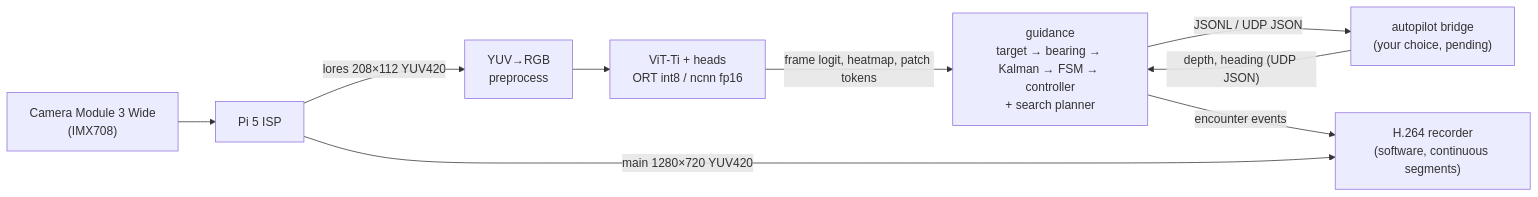
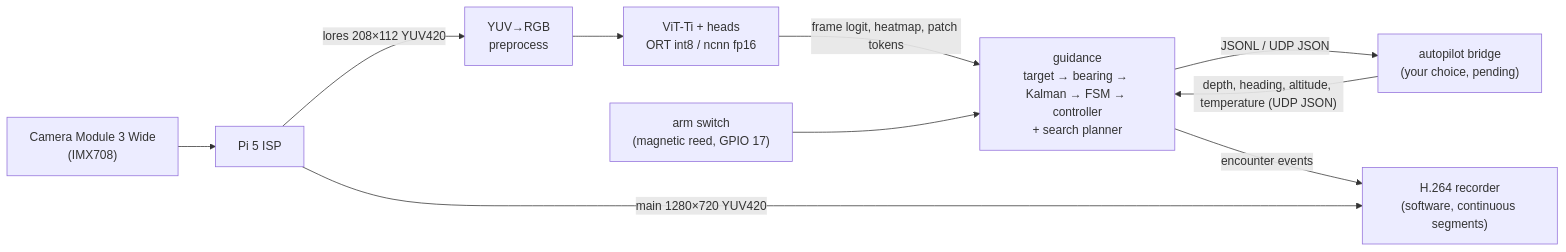
One commit to txfg/talosaur-JEPA changed the diagram in docs/PI5.md. Above: the diagram before and after it, drawn with Mermaid. The commit also changed other lines of this file and 21 other files, not shown here.

First line of the commit message:
Arm switch with a depth-gated start, pre-dive checklist, and the sensor plan

````diff
--- a/docs/PI5.md
+++ b/docs/PI5.md
@@ -11,11 +11,12 @@
 ```mermaid
 flowchart LR
   cam["Camera Module 3 Wide<br/>(IMX708)"] --> isp["Pi 5 ISP"]
   isp -- "lores 208×112 YUV420" --> rgb["YUV→RGB<br/>preprocess"]
   rgb --> model["ViT-Ti + heads<br/>ORT int8 / ncnn fp16"]
   model -- "frame logit, heatmap, patch tokens" --> guid["guidance<br/>target → bearing → Kalman → FSM → controller<br/>+ search planner"]
   guid -- "JSONL / UDP JSON" --> ap["autopilot bridge<br/>(your choice, pending)"]
-  ap -- "depth, heading (UDP JSON)" --> guid
+  ap -- "depth, heading, altitude, temperature (UDP JSON)" --> guid
+  sw["arm switch<br/>(magnetic reed, GPIO 17)"] --> guid
   guid -- "encounter events" --> rec["H.264 recorder<br/>(software, continuous segments)"]
   isp -- "main 1280×720 YUV420" --> rec
 ```
````
